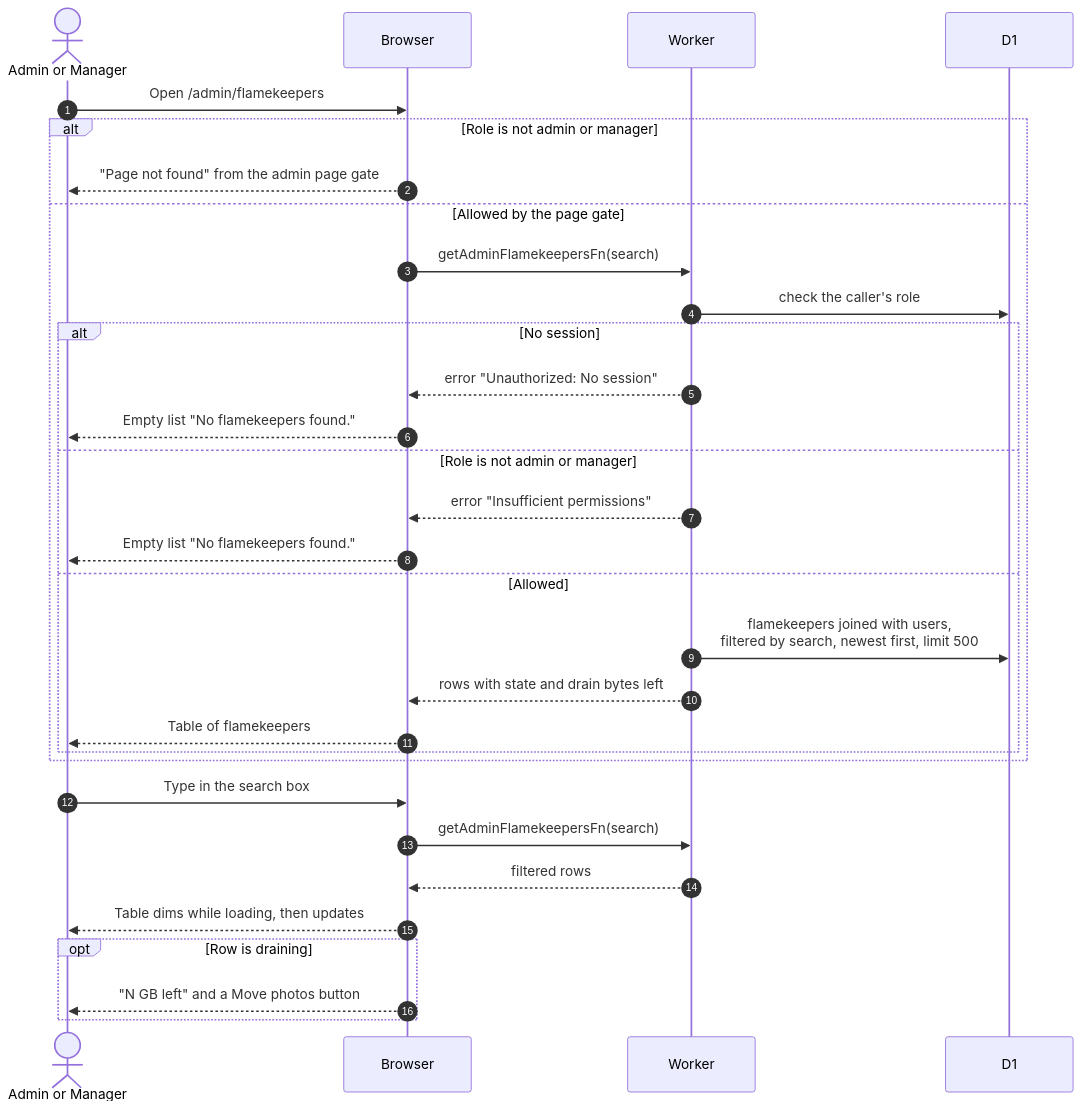
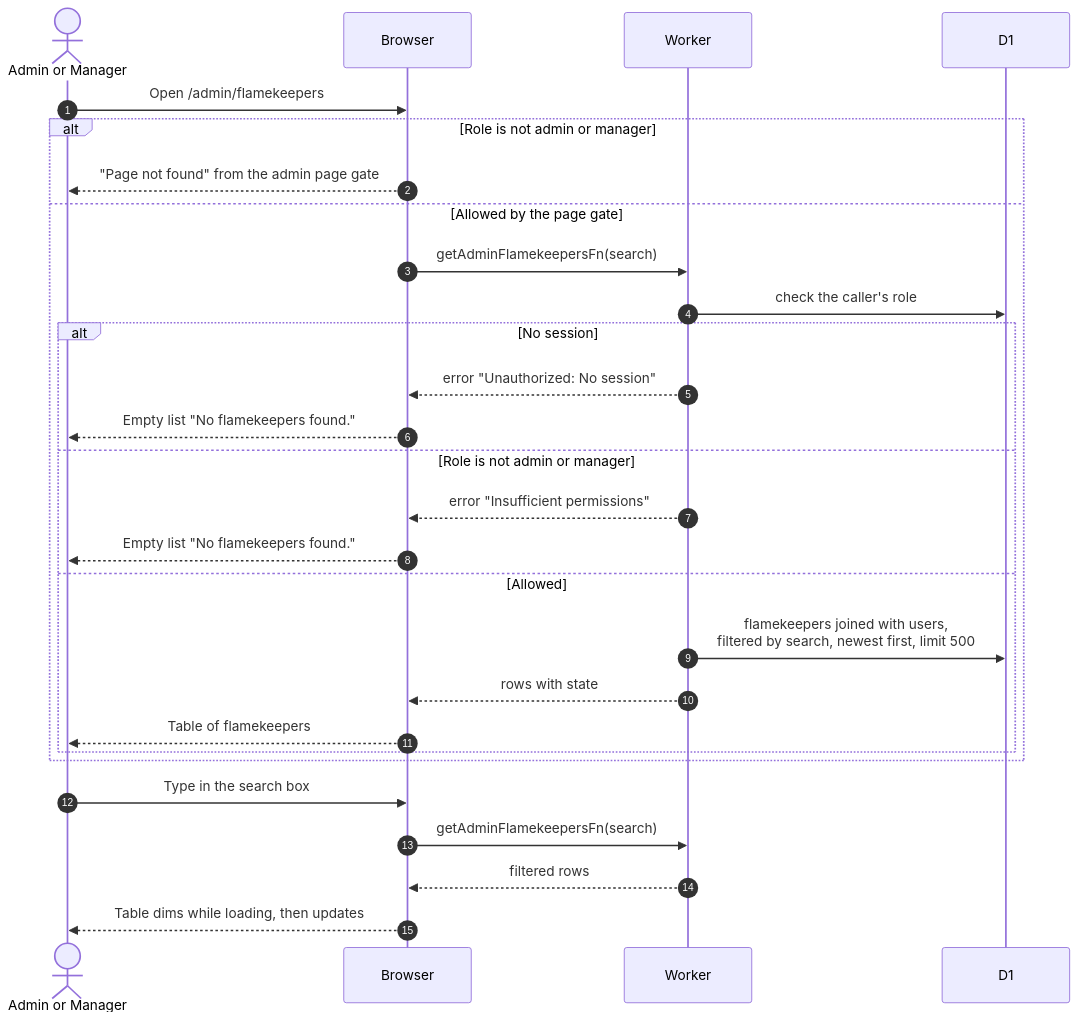
One commit to sagyzdop/meriksirat changed the diagram in docs/scenarios/flamekeepers/admin-flamekeepers.md. Above: the diagram before and after it, drawn with Mermaid. The commit also changed other lines of this file and 74 other files, not shown here.

````diff
--- a/docs/scenarios/flamekeepers/admin-flamekeepers.md
+++ b/docs/scenarios/flamekeepers/admin-flamekeepers.md
@@ -24,33 +24,30 @@
 ```mermaid
 sequenceDiagram
     autonumber
     actor A as Admin or Manager
     participant Browser
     participant Worker
     participant D1
     A->>Browser: Open /admin/flamekeepers
     alt Role is not admin or manager
         Browser-->>A: "Page not found" from the admin page gate
     else Allowed by the page gate
         Browser->>Worker: getAdminFlamekeepersFn(search)
         Worker->>D1: check the caller's role
         alt No session
             Worker-->>Browser: error "Unauthorized: No session"
             Browser-->>A: Empty list "No flamekeepers found."
         else Role is not admin or manager
             Worker-->>Browser: error "Insufficient permissions"
             Browser-->>A: Empty list "No flamekeepers found."
         else Allowed
             Worker->>D1: flamekeepers joined with users,<br/>filtered by search, newest first, limit 500
-            Worker-->>Browser: rows with state and drain bytes left
+            Worker-->>Browser: rows with state
             Browser-->>A: Table of flamekeepers
         end
     end
     A->>Browser: Type in the search box
     Browser->>Worker: getAdminFlamekeepersFn(search)
     Worker-->>Browser: filtered rows
     Browser-->>A: Table dims while loading, then updates
-    opt Row is draining
-        Browser-->>A: "N GB left" and a Move photos button
-    end
 ```
````
